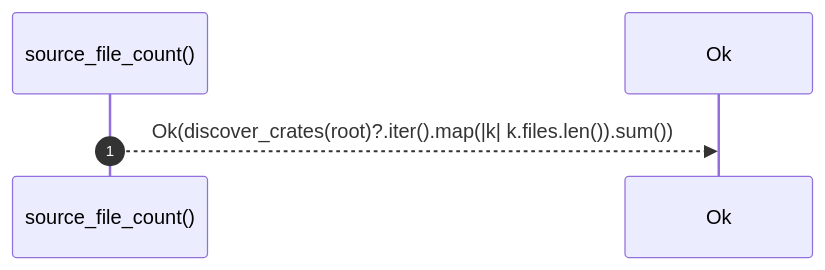
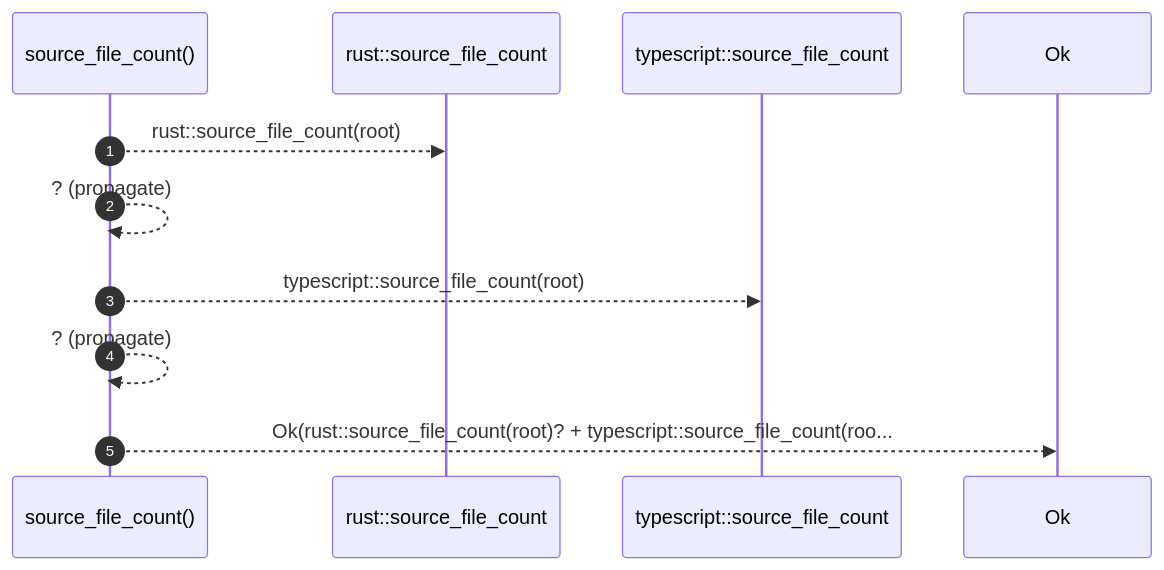
The diagram in docs/self-model/robby_extract/source-file-count.md (RyanGuild/self-describing-code), drawn with Mermaid before and after one commit. The commit also changed other lines of this file and 1404 other files, not shown here.

````diff
--- a/docs/self-model/robby_extract/source-file-count.md
+++ b/docs/self-model/robby_extract/source-file-count.md
@@ -21,7 +23,13 @@
 ```mermaid
 sequenceDiagram
     autonumber
     participant source_file_count as source_file_count()
+    participant rust__source_file_count as rust::source_file_count
+    participant typescript__source_file_count as typescript::source_file_count
     participant Ok as Ok
-    source_file_count-->>Ok: Ok(discover_crates(root)?.iter().map(|k| k.files.len()).sum())
+    source_file_count-->>rust__source_file_count: rust::source_file_count(root)
+    source_file_count-->>source_file_count: ? (propagate)
+    source_file_count-->>typescript__source_file_count: typescript::source_file_count(root)
+    source_file_count-->>source_file_count: ? (propagate)
+    source_file_count-->>Ok: Ok(rust::source_file_count(root)? + typescript::source_file_count(roo...
 ```
````
